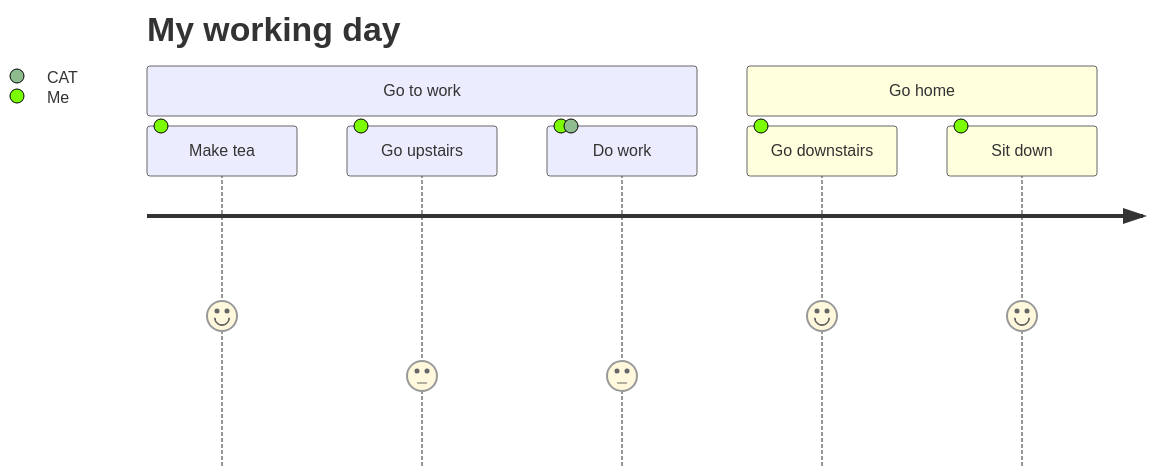
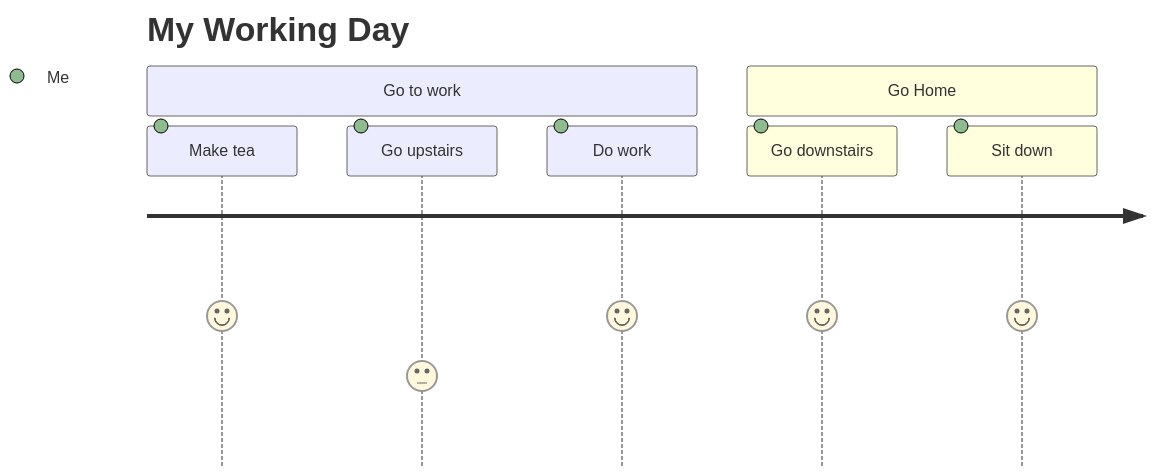
One commit to pharry/pharry changed the diagram in README.md. Above: the diagram before and after it, drawn with Mermaid.

````diff
--- a/README.md
+++ b/README.md
@@ -7,11 +7,11 @@
 ```mermaid
 journey
-    title My working day
+    title My Working Day
     section Go to work
       Make tea: 5: Me
       Go upstairs: 3: Me
-      Do work: 3: Me, CAT
-    section Go home
+      Do work: 5: Me
+    section Go Home
       Go downstairs: 5: Me
       Sit down: 5: Me
 ```
````
